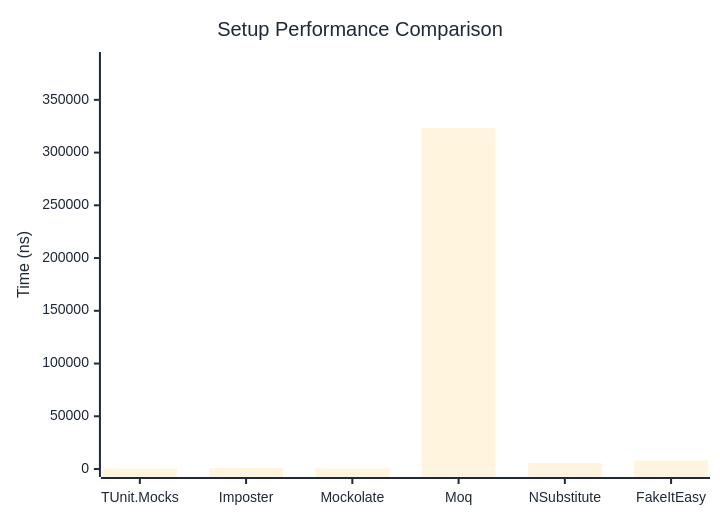
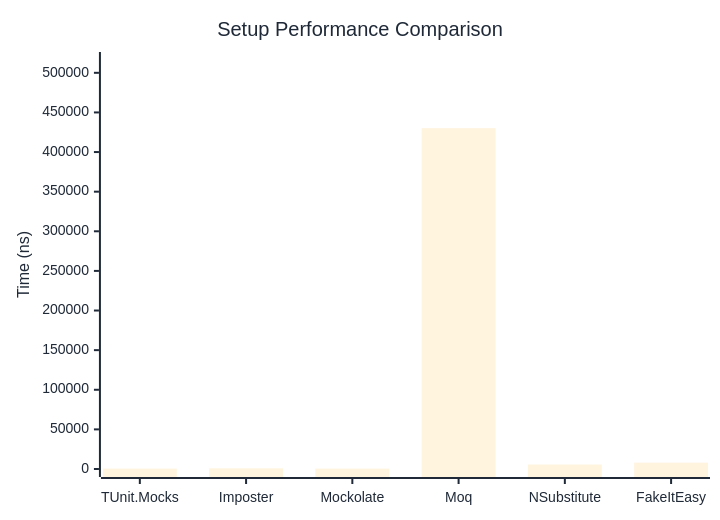
One commit to thomhurst/TUnit changed the first of 2 diagrams in docs/docs/benchmarks/mocks/Setup.md. Above: the diagram before and after it, drawn with Mermaid. The commit also changed other lines of this file and 14 other files, not shown here.

````diff
--- a/docs/docs/benchmarks/mocks/Setup.md
+++ b/docs/docs/benchmarks/mocks/Setup.md
@@ -28,27 +28,27 @@
 ```mermaid
 %%{init: {
   'theme':'base',
   'themeVariables': {
     'primaryColor': '#2563eb',
     'primaryTextColor': '#1f2937',
     'primaryBorderColor': '#1e40af',
     'lineColor': '#6b7280',
     'secondaryColor': '#7c3aed',
     'tertiaryColor': '#dc2626',
     'background': '#ffffff',
     'pie1': '#2563eb',
     'pie2': '#7c3aed',
     'pie3': '#dc2626',
     'pie4': '#f59e0b',
     'pie5': '#10b981',
     'pie6': '#06b6d4',
     'pie7': '#ec4899',
     'pie8': '#6366f1'
   }
 }}%%
 xychart-beta
   title "Setup Performance Comparison"
   x-axis ["TUnit.Mocks", "Imposter", "Mockolate", "Moq", "NSubstitute", "FakeItEasy"]
-  y-axis "Time (ns)" 0 --> 387777
-  bar [533.9, 1073.1, 538.3, 323146.8, 5432.8, 8055.3]
+  y-axis "Time (ns)" 0 --> 516172
+  bar [463.2, 837.8, 464.4, 430142.9, 5617.9, 7994.6]
 ```
````
